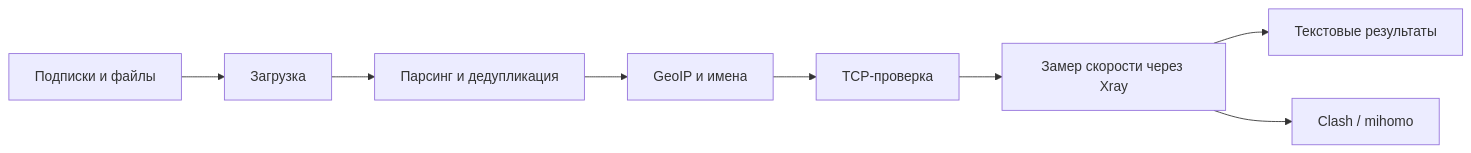
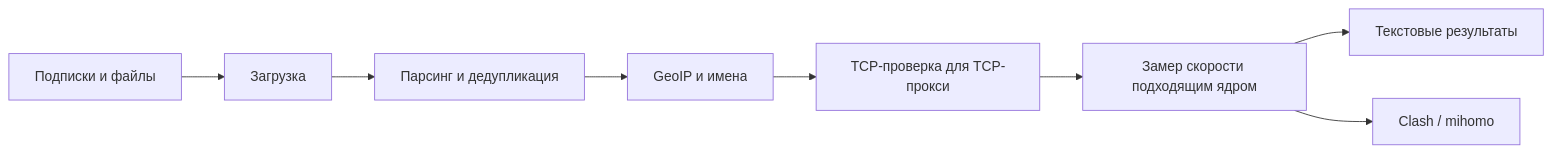
Before and after one commit to adamantida/proxyRepoChecker-rs: the diagram in README.md, drawn with Mermaid. The commit also changed other lines of this file and 40 other files, not shown here.

````diff
--- a/README.md
+++ b/README.md
@@ -19,10 +19,10 @@
 ```mermaid
 flowchart LR
     A[Подписки и файлы] --> B[Загрузка]
     B --> C[Парсинг и дедупликация]
     C --> D[GeoIP и имена]
-    D --> E[TCP-проверка]
-    E --> F[Замер скорости через Xray]
+    D --> E[TCP-проверка для TCP-прокси]
+    E --> F[Замер скорости подходящим ядром]
     F --> G[Текстовые результаты]
     F --> H[Clash / mihomo]
 ```
````
